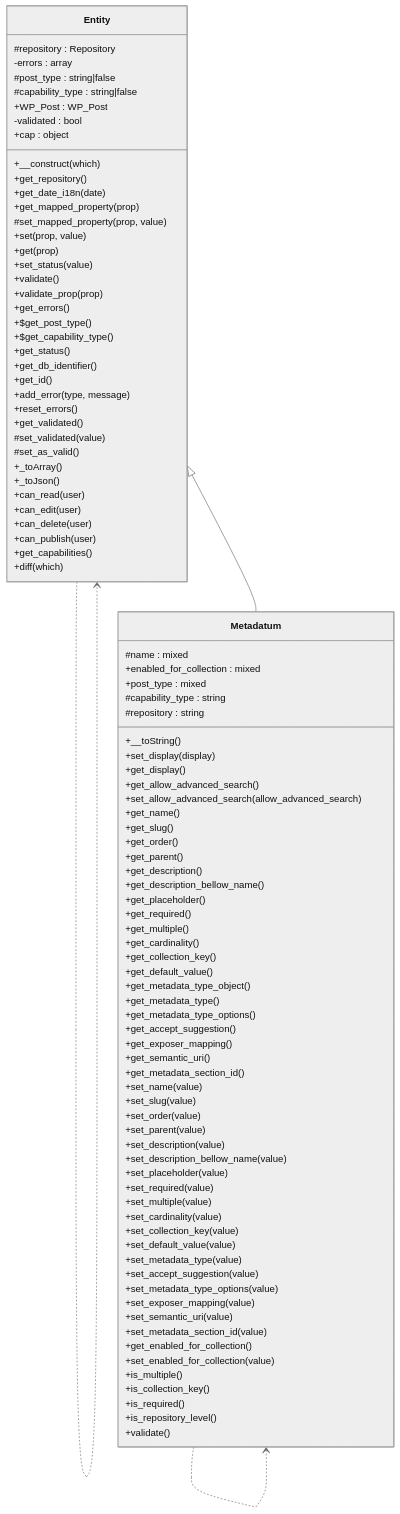
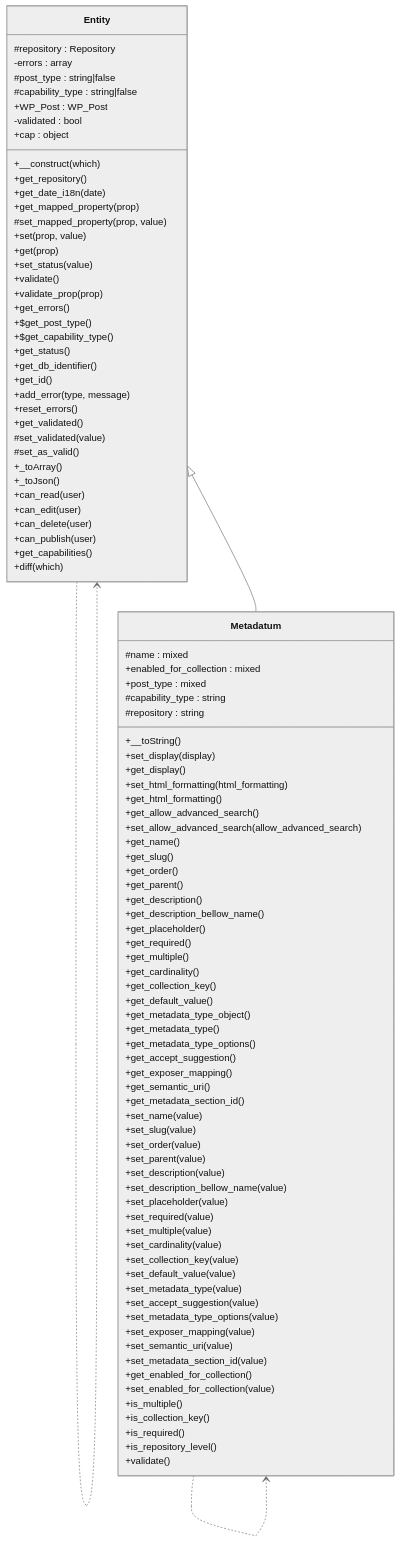
Before and after one commit to tainacan/tainacan: the diagram in docs/phpdoc/classes/Tainacan/Entities/Metadatum.md, drawn with Mermaid (neutral theme). The commit also changed other lines of this file and 193 other files, not shown here.

```diff
--- a/docs/phpdoc/classes/Tainacan/Entities/Metadatum.md
+++ b/docs/phpdoc/classes/Tainacan/Entities/Metadatum.md
@@ -25,6 +25,8 @@
         +__toString()
         +set_display(display)
         +get_display()
+        +set_html_formatting(html_formatting)
+        +get_html_formatting()
         +get_allow_advanced_search()
         +set_allow_advanced_search(allow_advanced_search)
         +get_name()
```
